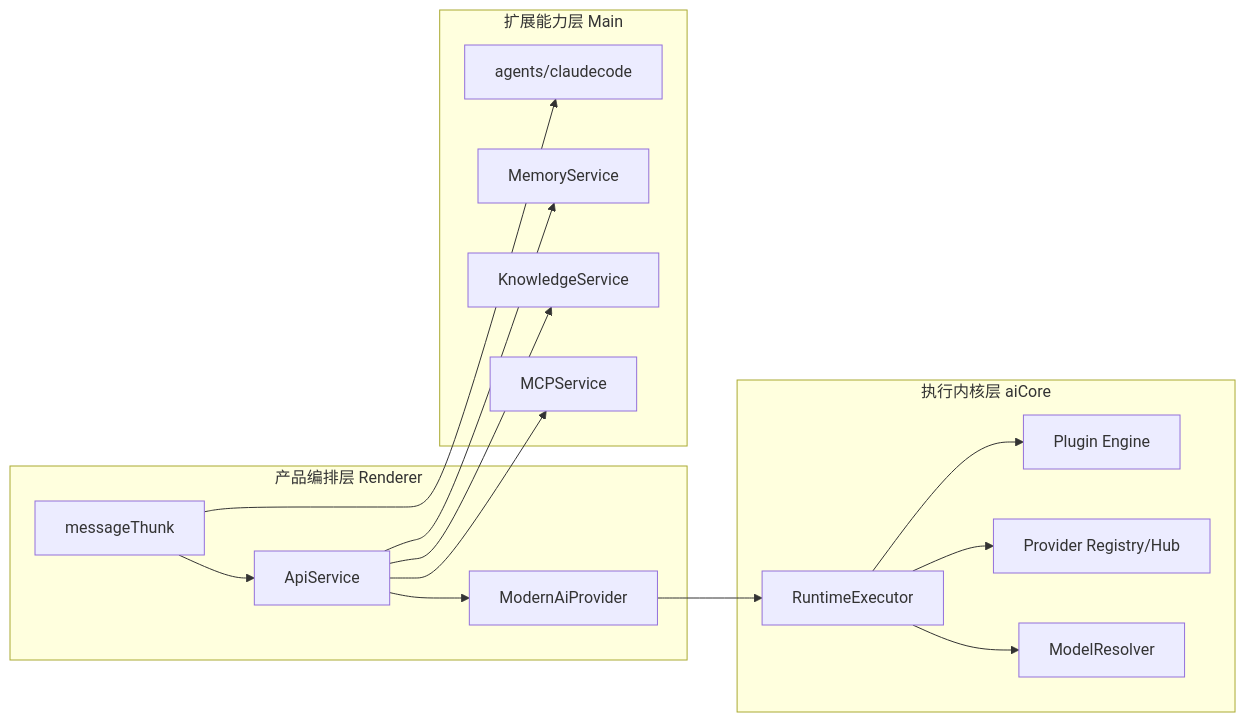
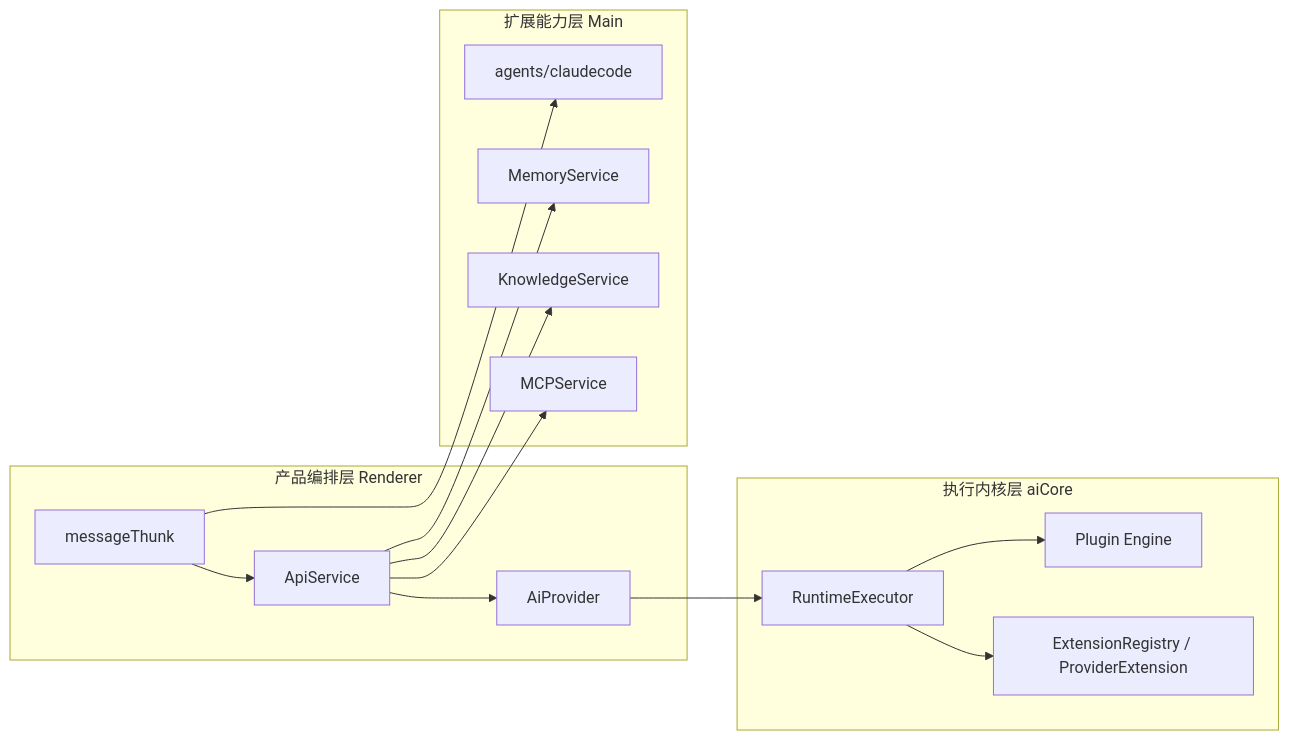
Before and after one commit to Little-LittleProgrammer/cherry-studio: the diagram in docs/zh/architecture/07-AI核心与模型接入/00-新人30分钟速通.md, drawn with Mermaid. The commit also changed other lines of this file and 14 other files, not shown here.

````diff
--- a/docs/zh/architecture/07-AI核心与模型接入/00-新人30分钟速通.md
+++ b/docs/zh/architecture/07-AI核心与模型接入/00-新人30分钟速通.md
@@ -7,31 +7,29 @@
 ```mermaid
 flowchart LR
   subgraph R[产品编排层 Renderer]
     R1[messageThunk]
     R2[ApiService]
-    R3[ModernAiProvider]
+    R3[AiProvider]
   end
 
   subgraph C[执行内核层 aiCore]
     C1[RuntimeExecutor]
-    C2[ModelResolver]
-    C3[Provider Registry/Hub]
-    C4[Plugin Engine]
+    C2[ExtensionRegistry / ProviderExtension]
+    C3[Plugin Engine]
   end
 
   subgraph M[扩展能力层 Main]
     M1[MCPService]
     M2[KnowledgeService]
     M3[MemoryService]
     M4[agents/claudecode]
   end
 
   R1 --> R2 --> R3 --> C1
   C1 --> C2
   C1 --> C3
-  C1 --> C4
   R2 --> M1
   R2 --> M2
   R2 --> M3
   R1 --> M4
 ```
````
